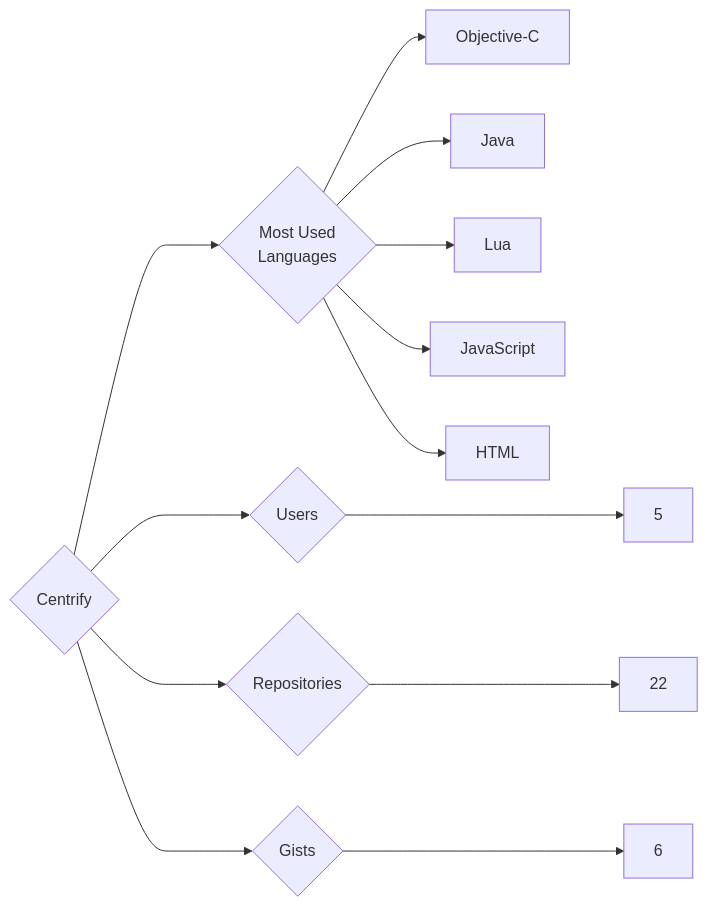
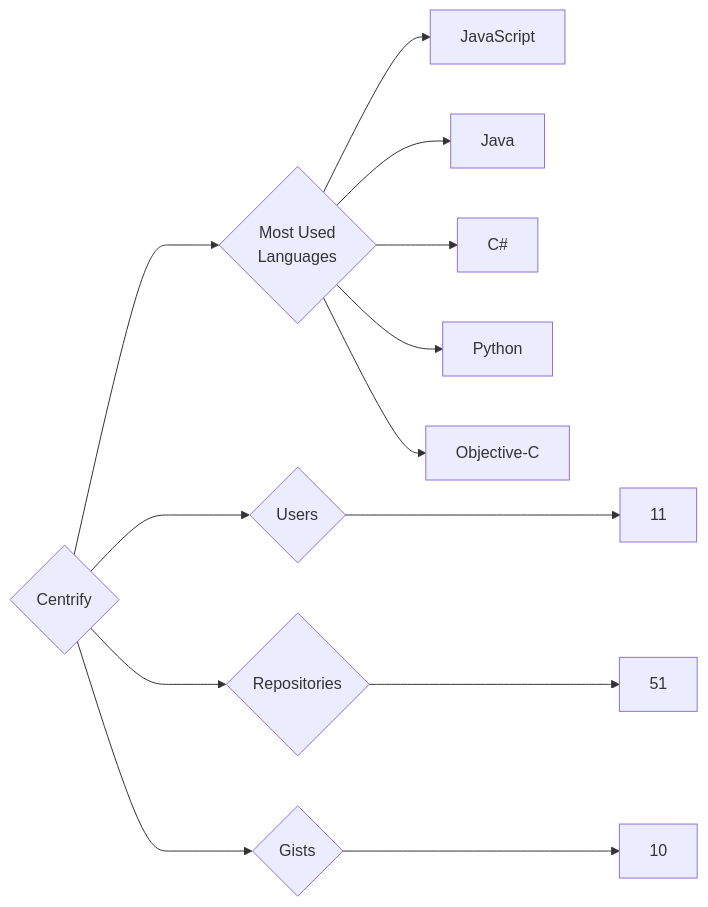
The diagram in targets/Centrify/README.md (trickest/insiders), drawn with Mermaid before and after one commit. The commit also changed 1175 other files, not shown here.

````diff
--- a/targets/Centrify/README.md
+++ b/targets/Centrify/README.md
@@ -3,13 +3,13 @@
 ```mermaid
 graph LR
 COMPANY_NAME{Centrify}
-COMPANY_NAME ---> U{Users} ---> UN[5]
-COMPANY_NAME ---> R{Repositories} ---> RN[22]
-COMPANY_NAME ---> G{Gists} ---> GN[6]
+COMPANY_NAME ---> U{Users} ---> UN[11]
+COMPANY_NAME ---> R{Repositories} ---> RN[51]
+COMPANY_NAME ---> G{Gists} ---> GN[10]
 COMPANY_NAME ---> ML{Most Used<br>Languages}
+ML --> JavaScript[JavaScript]
+ML --> Java[Java]
+ML --> C#[C#]
+ML --> Python[Python]
 ML --> Objective-C[Objective-C]
-ML --> Java[Java]
-ML --> Lua[Lua]
-ML --> JavaScript[JavaScript]
-ML --> HTML[HTML]
 ```
````
